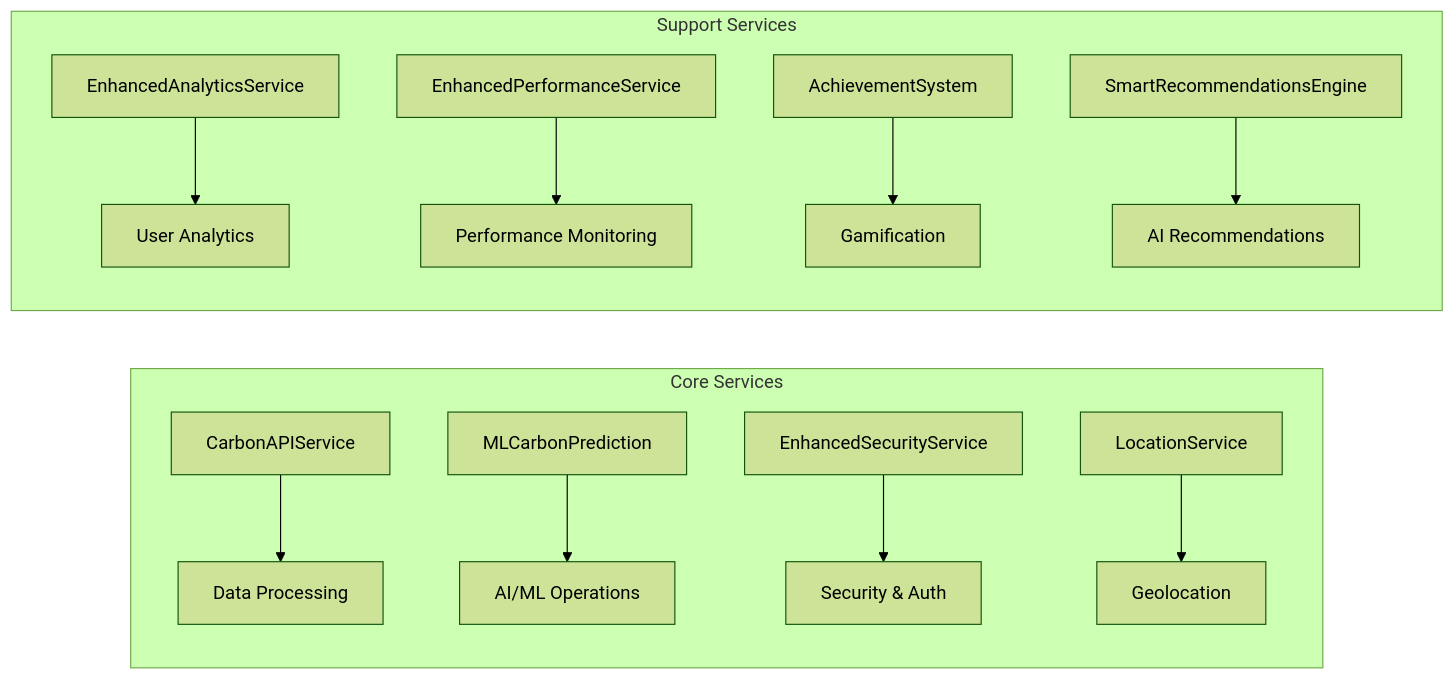
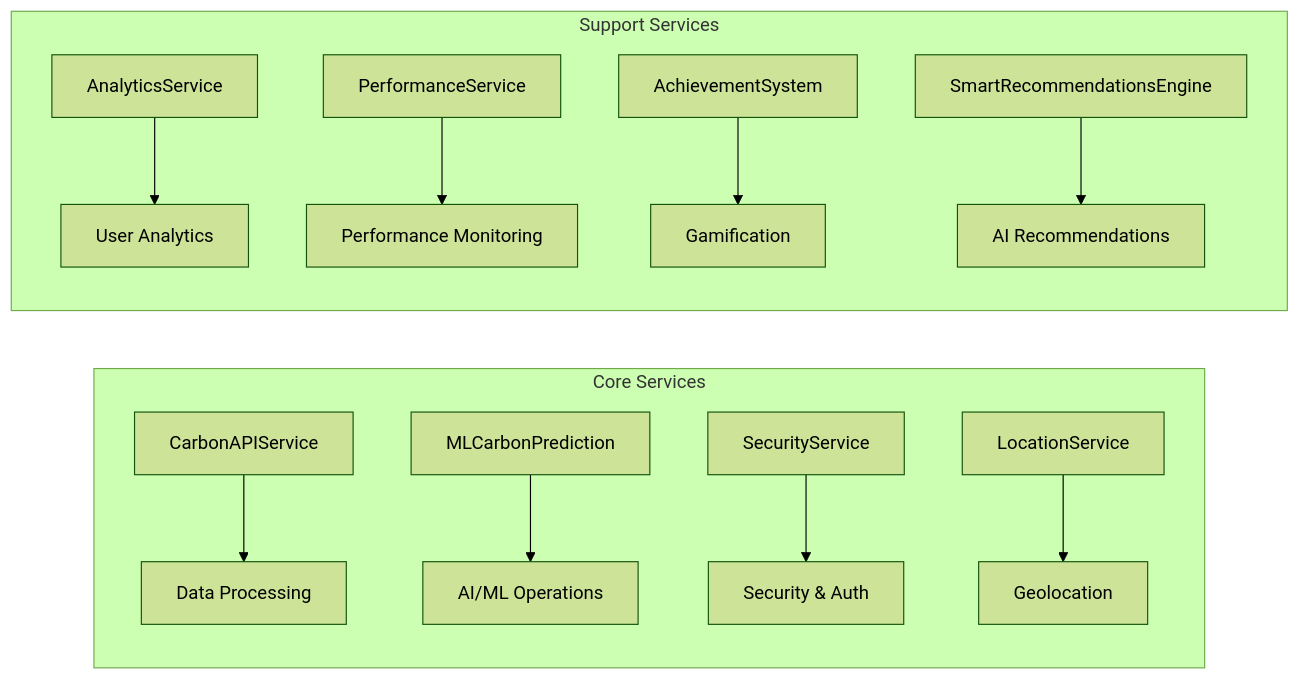
The second of 22 diagrams in ARCHITECTURE.md (Yogendra96/Kindred), drawn with Mermaid (forest theme) before and after one commit. The commit also changed other lines of this file and 117 other files, not shown here.

First line of the commit message:
feat(architecture): consolidate APM/analytics services and resolve test suite

````diff
--- a/ARCHITECTURE.md
+++ b/ARCHITECTURE.md
@@ -98,16 +98,16 @@
 ```mermaid
 graph LR
-    subgraph "Core Services"
-        A[CarbonAPIService] --> B[Data Processing]
-        C[MLCarbonPrediction] --> D[AI/ML Operations]
-        E[EnhancedSecurityService] --> F[Security & Auth]
-        G[LocationService] --> H[Geolocation]
-    end
-    
-    subgraph "Support Services"
-        I[EnhancedAnalyticsService] --> J[User Analytics]
-        K[EnhancedPerformanceService] --> L[Performance Monitoring]
-        M[AchievementSystem] --> N[Gamification]
-        O[SmartRecommendationsEngine] --> P[AI Recommendations]
-    end
+  subgraph "Core Services"
+    A[CarbonAPIService] --> B[Data Processing]
+    C[MLCarbonPrediction] --> D[AI/ML Operations]
+    E[SecurityService] --> F[Security & Auth]
+    G[LocationService] --> H[Geolocation]
+  end
+  
+  subgraph "Support Services"
+    I[AnalyticsService] --> J[User Analytics]
+    K[PerformanceService] --> L[Performance Monitoring]
+    M[AchievementSystem] --> N[Gamification]
+    O[SmartRecommendationsEngine] --> P[AI Recommendations]
+  end
 ```
````
